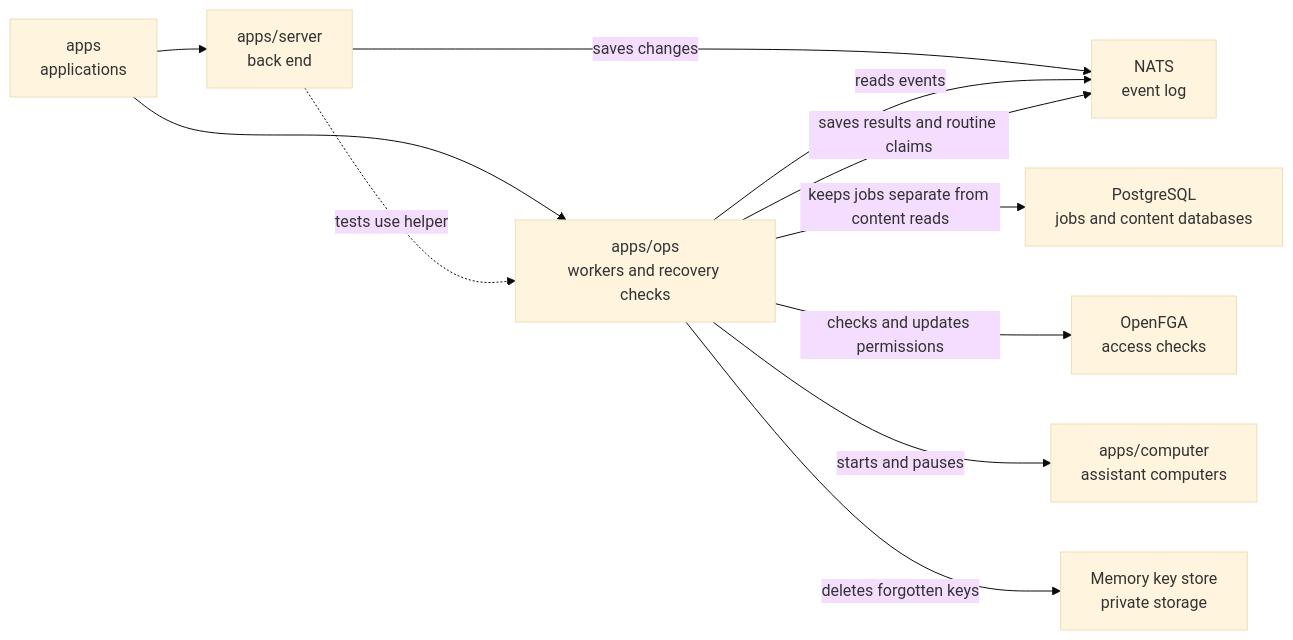
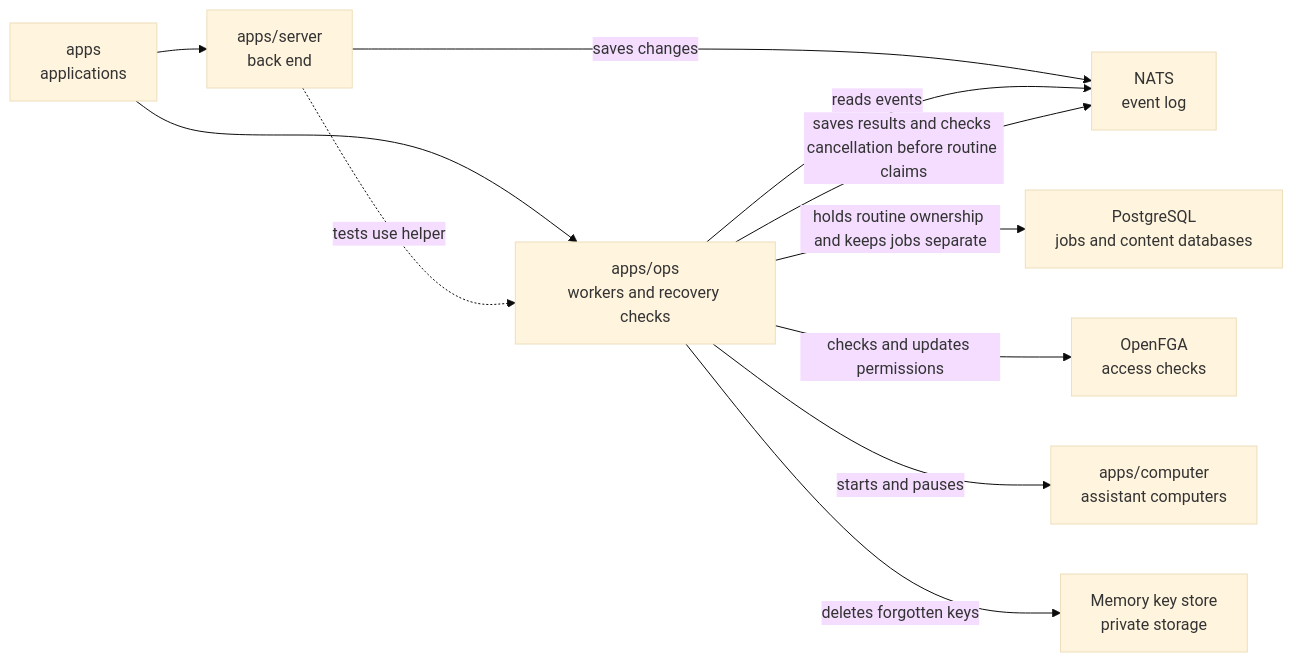
One commit to elewa-git/opencrane-new changed the diagram in apps/ops/README.md. Above: the diagram before and after it, drawn with Mermaid (base theme). The commit also changed other lines of this file and 8 other files, not shown here.

First line of the commit message:
⏱️ The routine scheduler holds a checked leadership lease, and a lost lease stops any claim in progress (#864)

````diff
--- a/apps/ops/README.md
+++ b/apps/ops/README.md
@@ -17,13 +17,13 @@
 ```mermaid
 flowchart LR
   apps["apps<br/>applications"] --> ops["apps/ops<br/>workers and recovery checks"]
   apps --> server["apps/server<br/>back end"]
   server -.->|tests use helper| ops
   server -->|saves changes| nats["NATS<br/>event log"]
   ops -->|reads events| nats
-  ops -->|saves results and routine claims| nats
-  ops -->|keeps jobs separate from content reads| pg["PostgreSQL<br/>jobs and content databases"]
+  ops -->|saves results and checks cancellation before routine claims| nats
+  ops -->|holds routine ownership and keeps jobs separate| pg["PostgreSQL<br/>jobs and content databases"]
   ops -->|checks and updates permissions| fga["OpenFGA<br/>access checks"]
   ops -->|starts and pauses| computer["apps/computer<br/>assistant computers"]
   ops -->|deletes forgotten keys| keys["Memory key store<br/>private storage"]
 ```
````
